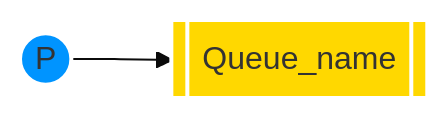
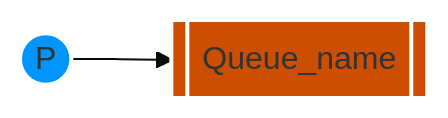
One commit to Zorin-Mykhailo/Hillel2024__DotNET changed the fifth of 7 diagrams in COURSE/THEORY/RabbitMQ/RabbitMQ_tutorials.md. Above: the diagram before and after it, drawn with Mermaid (base theme). The commit also changed other lines of this file, not shown here.

````diff
--- a/COURSE/THEORY/RabbitMQ/RabbitMQ_tutorials.md
+++ b/COURSE/THEORY/RabbitMQ/RabbitMQ_tutorials.md
@@ -124,10 +124,10 @@
 ```mermaid
 flowchart LR;
     P((P))
     Q[[Queue_name]]
 
     style P fill:#0094FF, stroke:#FFFFFF,stroke-width:2px
-    style Q fill:#FFD800, stroke:#FFFFFF,stroke-width:2px
+    style Q fill:#CC4E00, stroke:#FFFFFF,stroke-width:2px
 
     P-->Q
 ```
````
